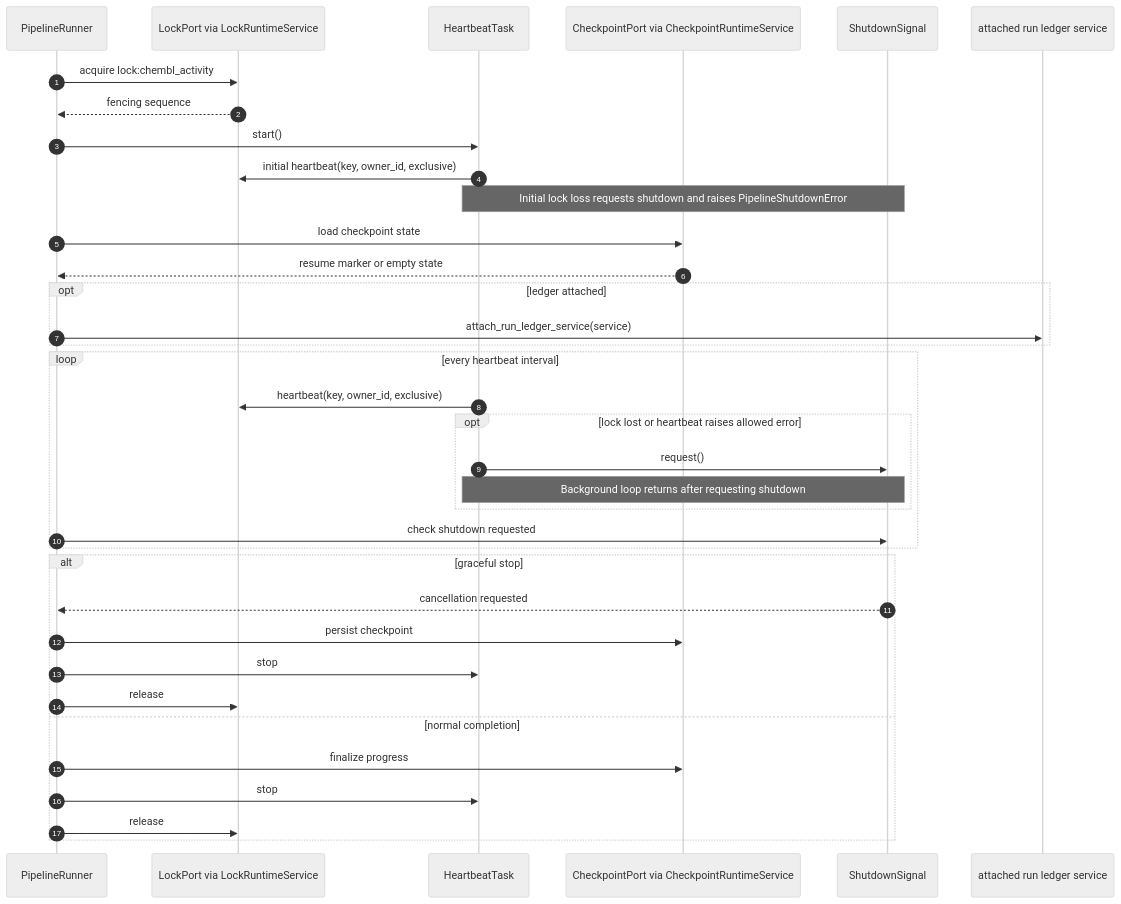
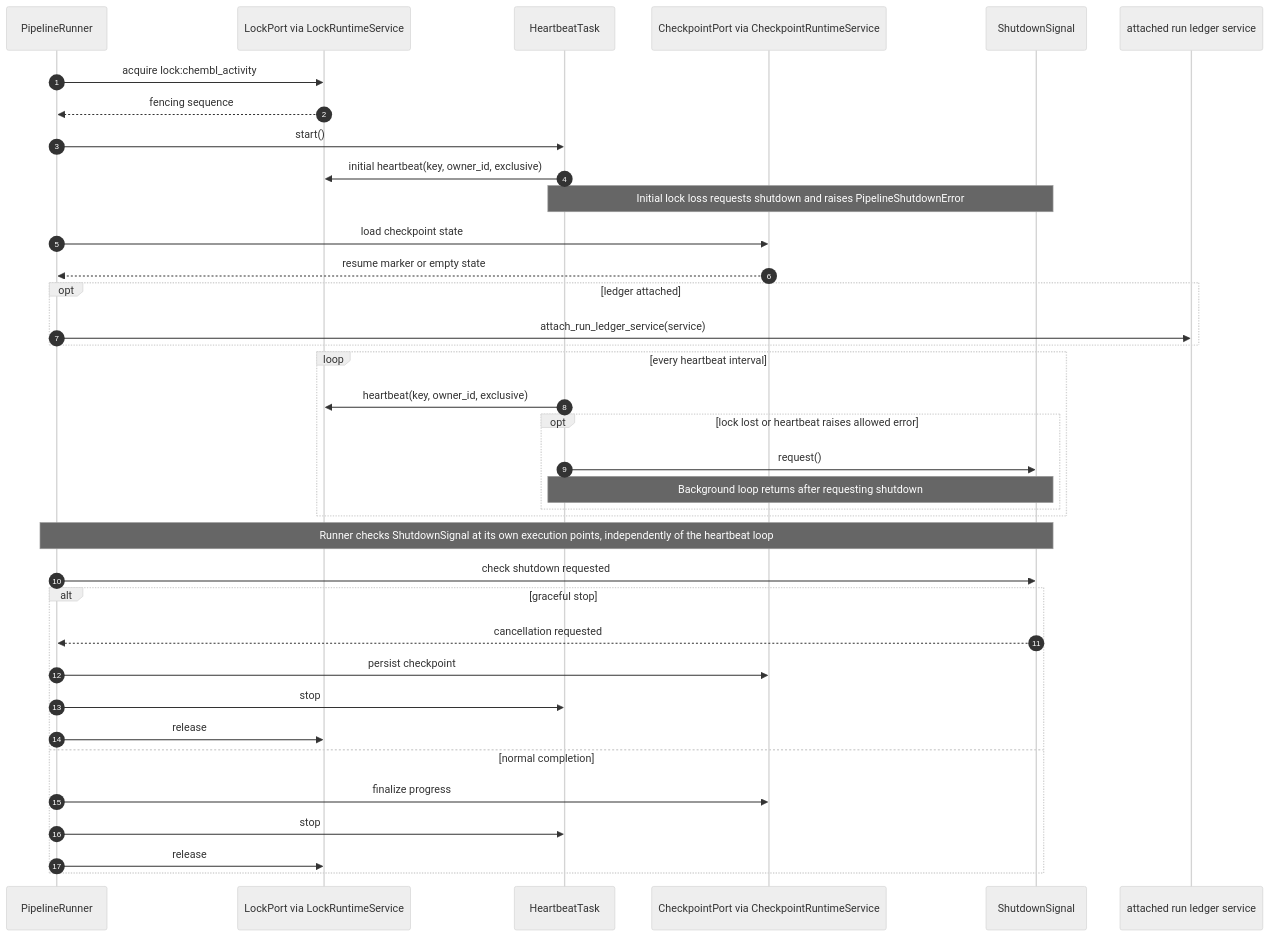
Before and after one commit to SatoryKono/BioactivityDataAcquisition: the diagram in docs/02-architecture/diagrams/architecture/32-lock-heartbeat-checkpoint-and-shutdown-collaboration.mmd, drawn with Mermaid. The commit also changed 5 other files, not shown here.

Commit message:
docs(diagrams): align shutdown and policy snapshot flows

```diff
--- a/docs/02-architecture/diagrams/architecture/32-lock-heartbeat-checkpoint-and-shutdown-collaboration.mmd
+++ b/docs/02-architecture/diagrams/architecture/32-lock-heartbeat-checkpoint-and-shutdown-collaboration.mmd
@@ -1,46 +1,47 @@
 %%{init: {'theme': 'neutral', 'themeVariables': {'fontFamily': 'Inter, system-ui', 'lineWidth': '2'}}}%%
 %% Title: Lock Heartbeat Checkpoint And Shutdown Collaboration
 %% @version 1.1.0
-%% @date    2026-10-09
-%% Reviewed against main 9a7339dc: core/lifecycle/heartbeat.py, lock_runtime_service.py, lock_lifecycle.py
+%% @date    2026-10-14
+%% Reviewed against PR head 23eee03e97: core/lifecycle/heartbeat.py, lock_runtime_service.py, lock_lifecycle.py
 %% @type    sequenceDiagram
 %% @level   System / Interaction
 %% @nodes   6
 %% RULES: RULES.md §2.1, ADR-003, ADR-008, ADR-046
 sequenceDiagram
     autonumber
     participant Runner as PipelineRunner
     participant Lock as LockPort via LockRuntimeService
     participant Heartbeat as HeartbeatTask
     participant Checkpoint as CheckpointPort via CheckpointRuntimeService
     participant Shutdown as ShutdownSignal
     participant Ledger as attached run ledger service
 
     Runner->>Lock: acquire lock:chembl_activity
     Lock-->>Runner: fencing sequence
     Runner->>Heartbeat: start()
     Heartbeat->>Lock: initial heartbeat(key, owner_id, exclusive)
     Note over Heartbeat,Shutdown: Initial lock loss requests shutdown and raises PipelineShutdownError
     Runner->>Checkpoint: load checkpoint state
     Checkpoint-->>Runner: resume marker or empty state
     opt ledger attached
         Runner->>Ledger: attach_run_ledger_service(service)
     end
     loop every heartbeat interval
         Heartbeat->>Lock: heartbeat(key, owner_id, exclusive)
         opt lock lost or heartbeat raises allowed error
             Heartbeat->>Shutdown: request()
             Note over Heartbeat,Shutdown: Background loop returns after requesting shutdown
         end
-        Runner->>Shutdown: check shutdown requested
     end
+    Note over Runner,Shutdown: Runner checks ShutdownSignal at its own execution points, independently of the heartbeat loop
+    Runner->>Shutdown: check shutdown requested
     alt graceful stop
         Shutdown-->>Runner: cancellation requested
         Runner->>Checkpoint: persist checkpoint
         Runner->>Heartbeat: stop
         Runner->>Lock: release
     else normal completion
         Runner->>Checkpoint: finalize progress
         Runner->>Heartbeat: stop
         Runner->>Lock: release
     end
```
